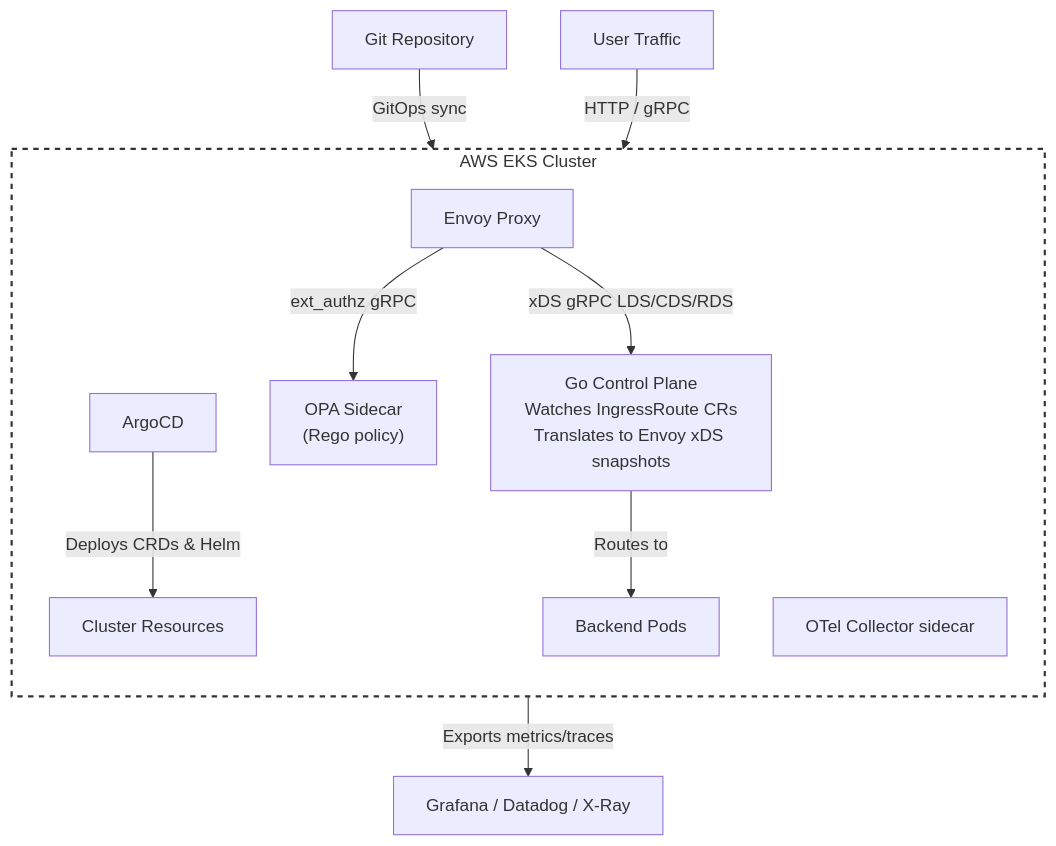
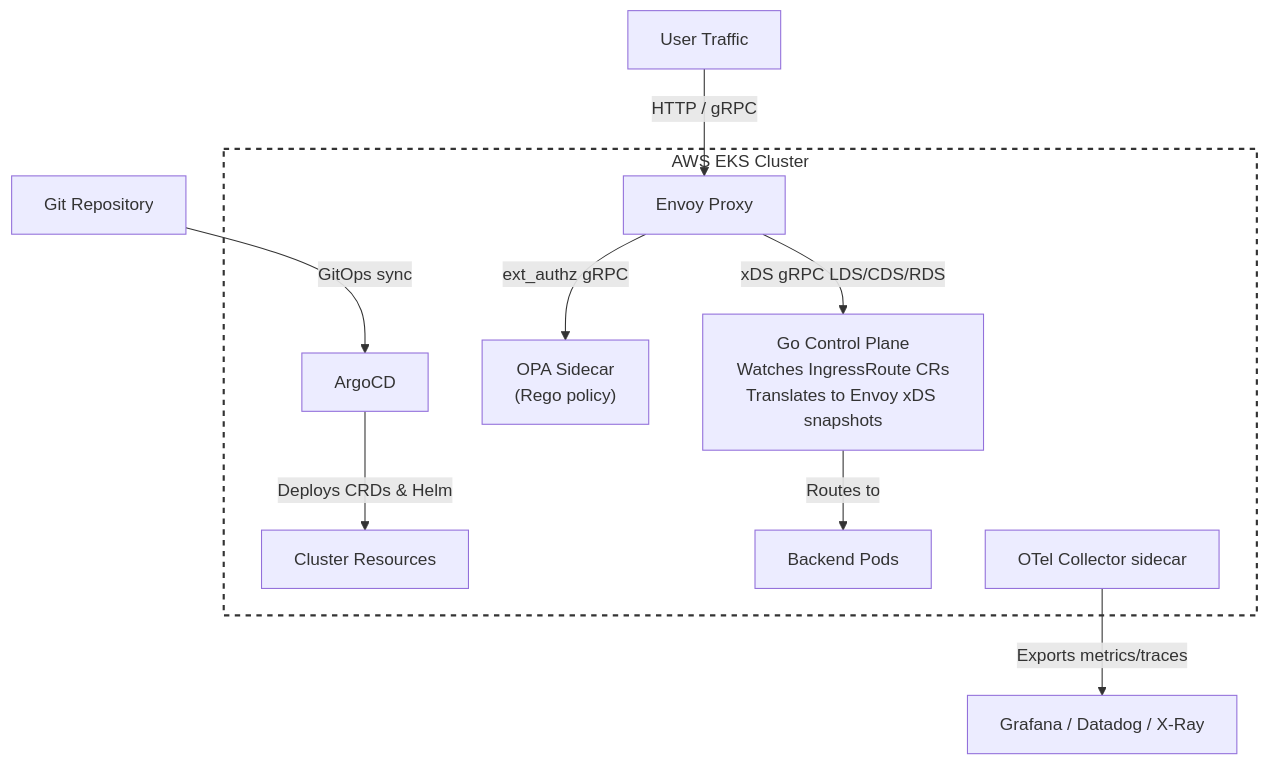
The diagram in README.md (Jolaboy/ingress-control-plane-engine), drawn with Mermaid before and after one commit.

Commit message:
docs: adjusted the Mermaid diagram.

````diff
--- a/README.md
+++ b/README.md
@@ -8,32 +8,32 @@
 ```mermaid
 flowchart TD
-    %% External Entities
+    %% Define External Nodes First
     Git["Git Repository"]
     Traffic["User Traffic"]
     Observability["Grafana / Datadog / X-Ray"]
 
+    %% Define Subgraph and Internal Nodes
     subgraph EKS ["AWS EKS Cluster"]
-        direction TB
-        
         ArgoCD["ArgoCD"]
         CP_Space["Cluster Resources"]
         Envoy["Envoy Proxy"]
         OPA["OPA Sidecar<br>(Rego policy)"]
         GoControl["Go Control Plane<br>Watches IngressRoute CRs<br>Translates to Envoy xDS snapshots"]
         Backend["Backend Pods"]
         OTel["OTel Collector sidecar"]
-        
-        %% Internal Cluster Connections
+
+        %% Internal routing
         ArgoCD -->|Deploys CRDs & Helm| CP_Space
         Envoy -->|ext_authz gRPC| OPA
         Envoy -->|xDS gRPC LDS/CDS/RDS| GoControl
         GoControl -->|Routes to| Backend
     end
     
-    %% External to Internal Connections (Defined last to fix arrow breaking)
+    %% EXPLICIT External -> Internal Node Connections
     Git -->|GitOps sync| ArgoCD
     Traffic -->|HTTP / gRPC| Envoy
     OTel -->|Exports metrics/traces| Observability
     
+    %% Styling
     style EKS fill:transparent,stroke:#333,stroke-width:2px,stroke-dasharray: 5 5
 ```
````
